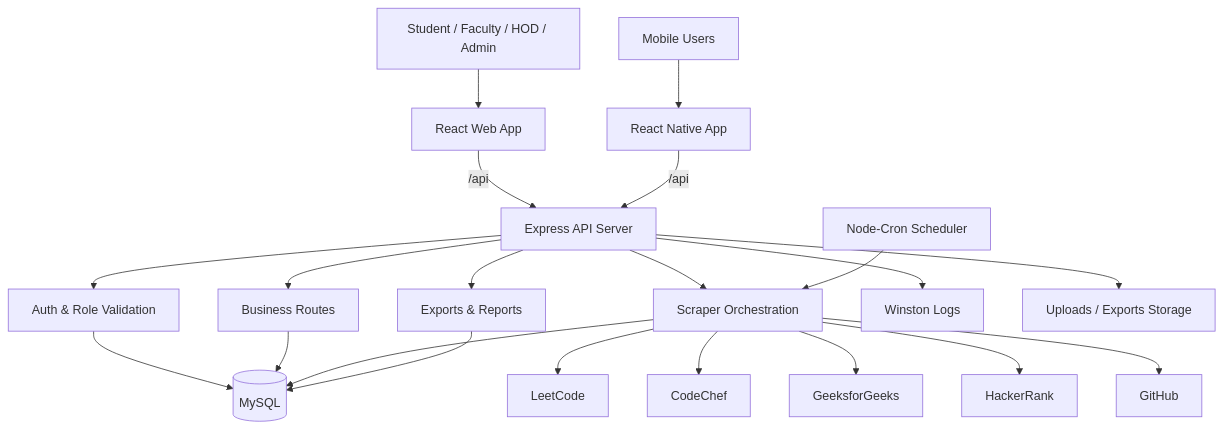
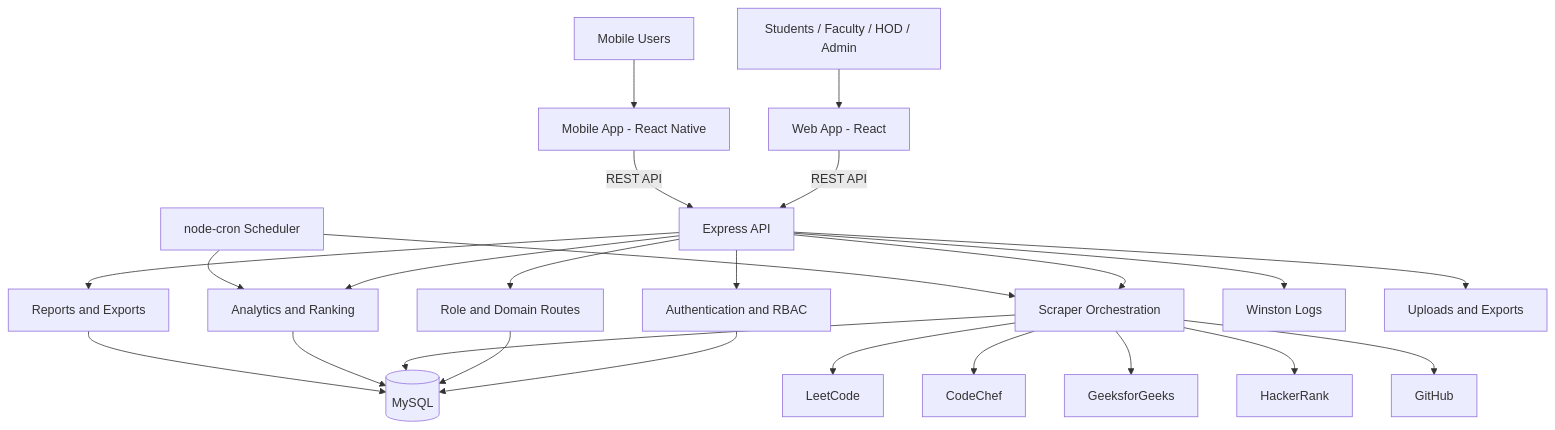
One commit to ramalokeshreddyp/code_to_win changed the first of 7 diagrams in README.md. Above: the diagram before and after it, drawn with Mermaid. The commit also changed other lines of this file and 35 other files, not shown here.

````diff
--- a/README.md
+++ b/README.md
@@ -59,28 +78,31 @@
 ```mermaid
 graph TD
-  U1[Student / Faculty / HOD / Admin] --> W[React Web App]
-  U2[Mobile Users] --> M[React Native App]
+  U1[Students / Faculty / HOD / Admin] --> W[Web App - React]
+  U2[Mobile Users] --> M[Mobile App - React Native]
 
-  W -->|/api| B[Express API Server]
-  M -->|/api| B
+  W -->|REST API| B[Express API]
+  M -->|REST API| B
 
-  B --> R1[Auth & Role Validation]
-  B --> R2[Business Routes]
-  B --> R3[Scraper Orchestration]
-  B --> R4[Exports & Reports]
+  B --> A1[Authentication and RBAC]
+  B --> A2[Role and Domain Routes]
+  B --> A3[Scraper Orchestration]
+  B --> A4[Analytics and Ranking]
+  B --> A5[Reports and Exports]
 
-  R1 --> DB[(MySQL)]
-  R2 --> DB
-  R3 --> DB
-  R4 --> DB
+  A1 --> DB[(MySQL)]
+  A2 --> DB
+  A3 --> DB
+  A4 --> DB
+  A5 --> DB
 
-  C[Node-Cron Scheduler] --> R3
-  R3 --> P1[LeetCode]
-  R3 --> P2[CodeChef]
-  R3 --> P3[GeeksforGeeks]
-  R3 --> P4[HackerRank]
-  R3 --> P5[GitHub]
+  A3 --> P1[LeetCode]
+  A3 --> P2[CodeChef]
+  A3 --> P3[GeeksforGeeks]
+  A3 --> P4[HackerRank]
+  A3 --> P5[GitHub]
 
+  C[node-cron Scheduler] --> A3
+  C --> A4
   B --> L[Winston Logs]
-  B --> F[Uploads / Exports Storage]
+  B --> F[Uploads and Exports]
 ```
````
